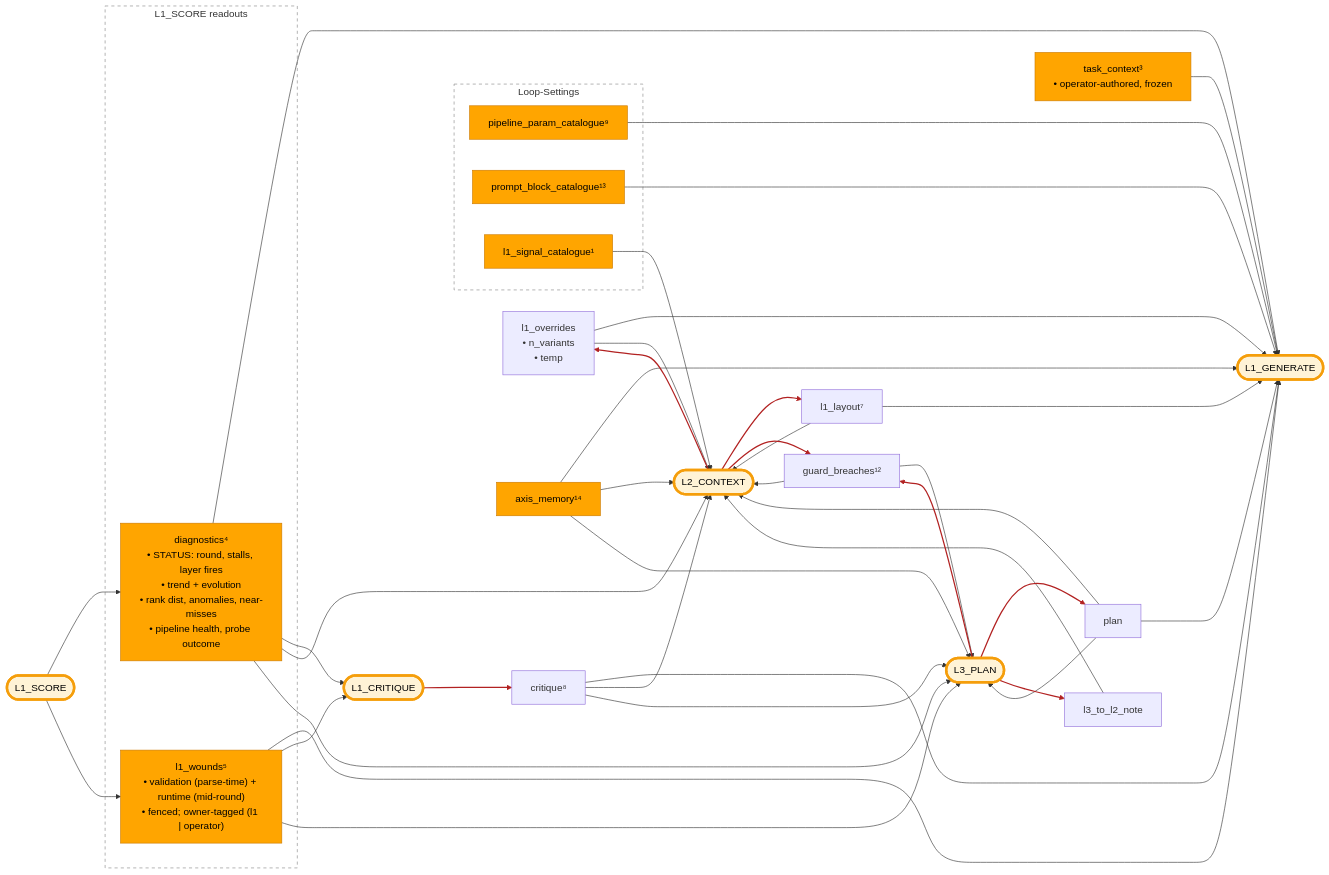
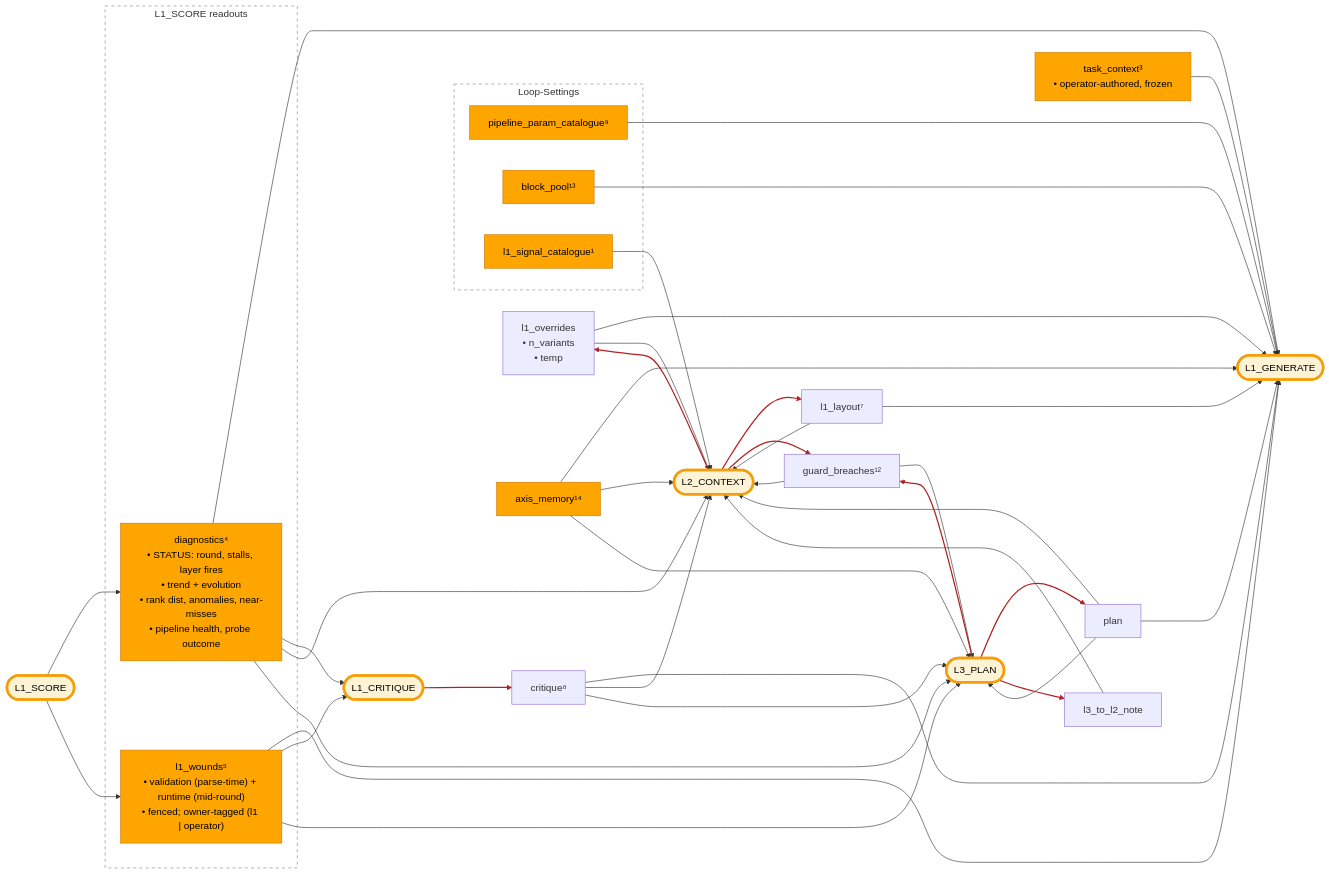
Before and after one commit to PromptPotter/prompt-potter-optimizer: the diagram in docs/developer/dispatch-hub.md, drawn with Mermaid. The commit also changed other lines of this file and 512 other files, not shown here.

```diff
--- a/docs/developer/dispatch-hub.md
+++ b/docs/developer/dispatch-hub.md
@@ -24,7 +24,7 @@
   CPAR["l1_overrides<br/>• n_variants<br/>• temp"]
 
   %% L1_SCORE readouts — diagnostics is per-round on Bundle.digest; l1_wounds reads the last
-  %% round's arms (validation, parse-time) + PotterState.memory.wounds (runtime, cross-round).
+  %% round's arms (validation, parse-time) + Cycle.runtime_failures (runtime, cross-round).
   subgraph SR["L1_SCORE readouts"]
     DIAG["diagnostics⁴<br/>• STATUS: round, stalls, layer fires<br/>• trend + evolution<br/>• rank dist, anomalies, near-misses<br/>• pipeline health, probe outcome"]:::det
     L1W["l1_wounds⁵<br/>• validation (parse-time) + runtime (mid-round)<br/>• fenced; owner-tagged (l1 | operator)"]:::det
@@ -37,7 +37,7 @@
   %% Loop-Settings — read-only loop-time constants
   subgraph LS["Loop-Settings"]
     TUN[pipeline_param_catalogue⁹]:::det
-    BLK[prompt_block_catalogue¹³]:::det
+    BLK[block_pool¹³]:::det
     CAT[l1_signal_catalogue¹]:::det
   end
   style LS fill:none,stroke:#888,stroke-dasharray: 5 5
```
